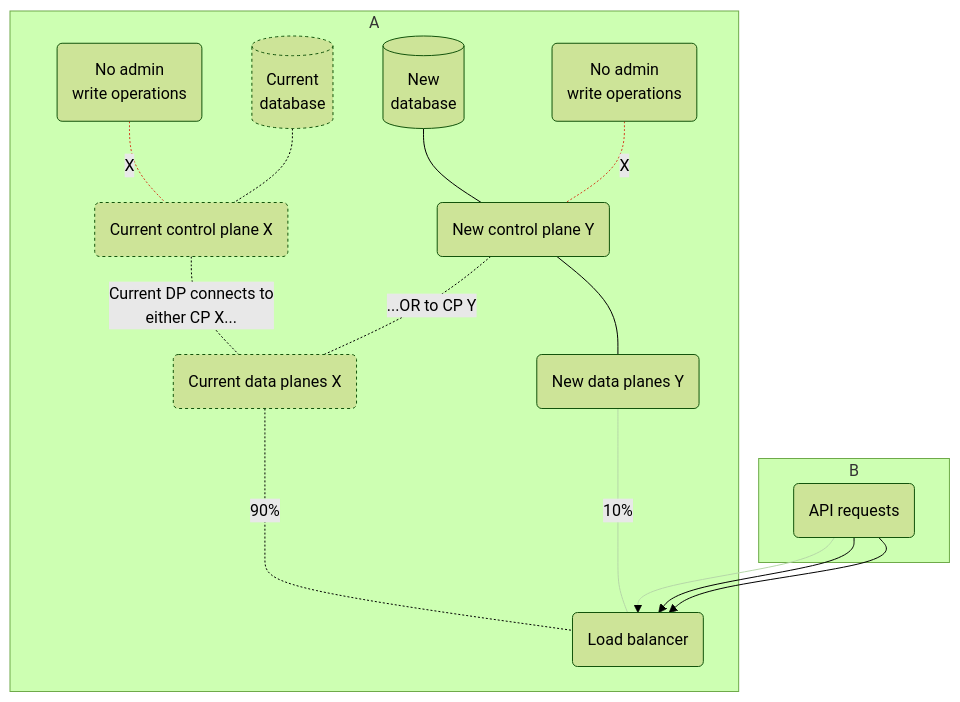
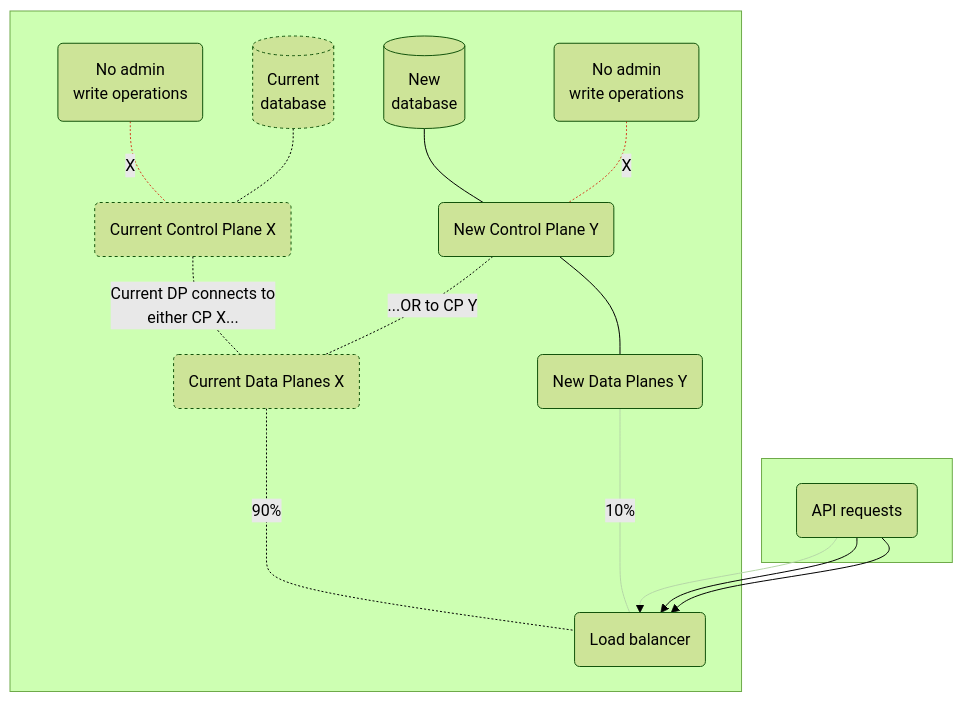
One commit to Kong/developer.konghq.com changed the third of 4 diagrams in app/_includes/upgrade/hybrid.md. Above: the diagram before and after it, drawn with Mermaid (forest theme). The commit also changed other lines of this file and 7 other files, not shown here.

```diff
--- a/app/_includes/upgrade/hybrid.md
+++ b/app/_includes/upgrade/hybrid.md
@@ -104,39 +105,39 @@
 {% mermaid %}
 flowchart TD
     DBX[(Current \n database)]
     DBY[(New \n database)]
-    CPX(Current control plane X)
-    CPY(New control plane Y)
-    DPX(Current data planes X)
-    DPY(New data planes Y)
+    CPX(Current Control Plane X)
+    CPY(New Control Plane Y)
+    DPX(Current Data Planes X)
+    DPY(New Data Planes Y)
     API(API requests)
     LB(Load balancer)
     Admin(No admin \n write operations)
     Admin2(No admin \n write operations)
     
-    subgraph A
+    subgraph A [ ]
         Admin -.X.- CPX
         DBX -.- CPX
         DBY --- CPY
         CPX -."Current DP connects to \neither CP X...".- DPX
         Admin2 -.X.- CPY
         CPY -."...OR to CP Y".- DPX
         DPX -.90%..- LB
         CPY --- DPY --10%---- LB
         
     end
-    subgraph B
+    subgraph B [ ]
         API --> LB & LB & LB
     end
 
     linkStyle 0,4 stroke:#d44324!important,color:#d44324!important
     linkStyle 8,9 stroke:#b6d7a8!important
-    style CPX stroke-dasharray:3,stroke:#c1c6cdff!important
+    style CPX stroke-dasharray:3
     style DPX stroke-dasharray:3
-    style DBX stroke-dasharray:3,stroke:#c1c6cdff!important
+    style DBX stroke-dasharray:3
     style API stroke:none!important,fill:none!important
     style A stroke:none!important,display:none!important
     style B stroke:none!important,display:none!important
     style Admin fill:none!important,stroke:none!important,color:#d44324!important
     style Admin2 fill:none!important,stroke:none!important,color:#d44324!important
 {% endmermaid %}
```
